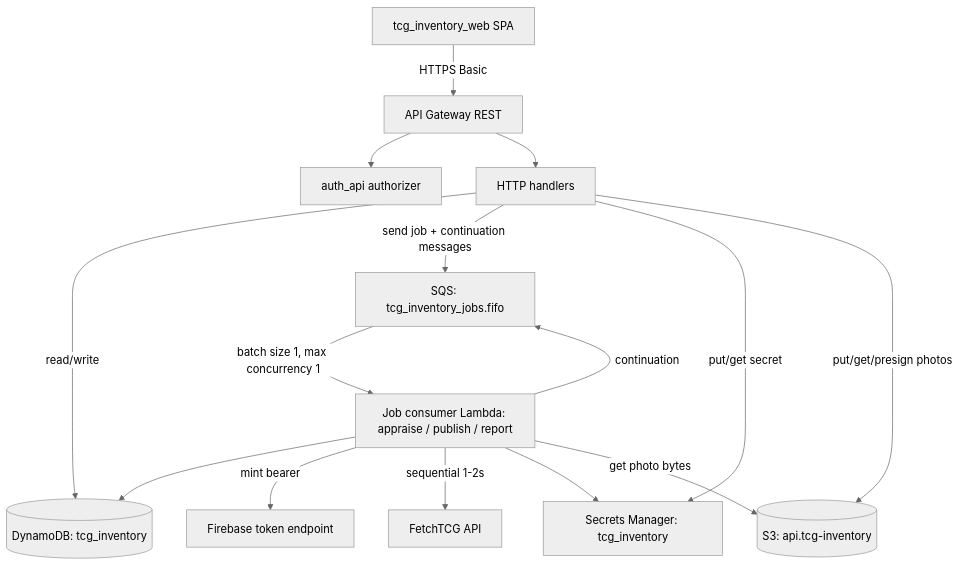
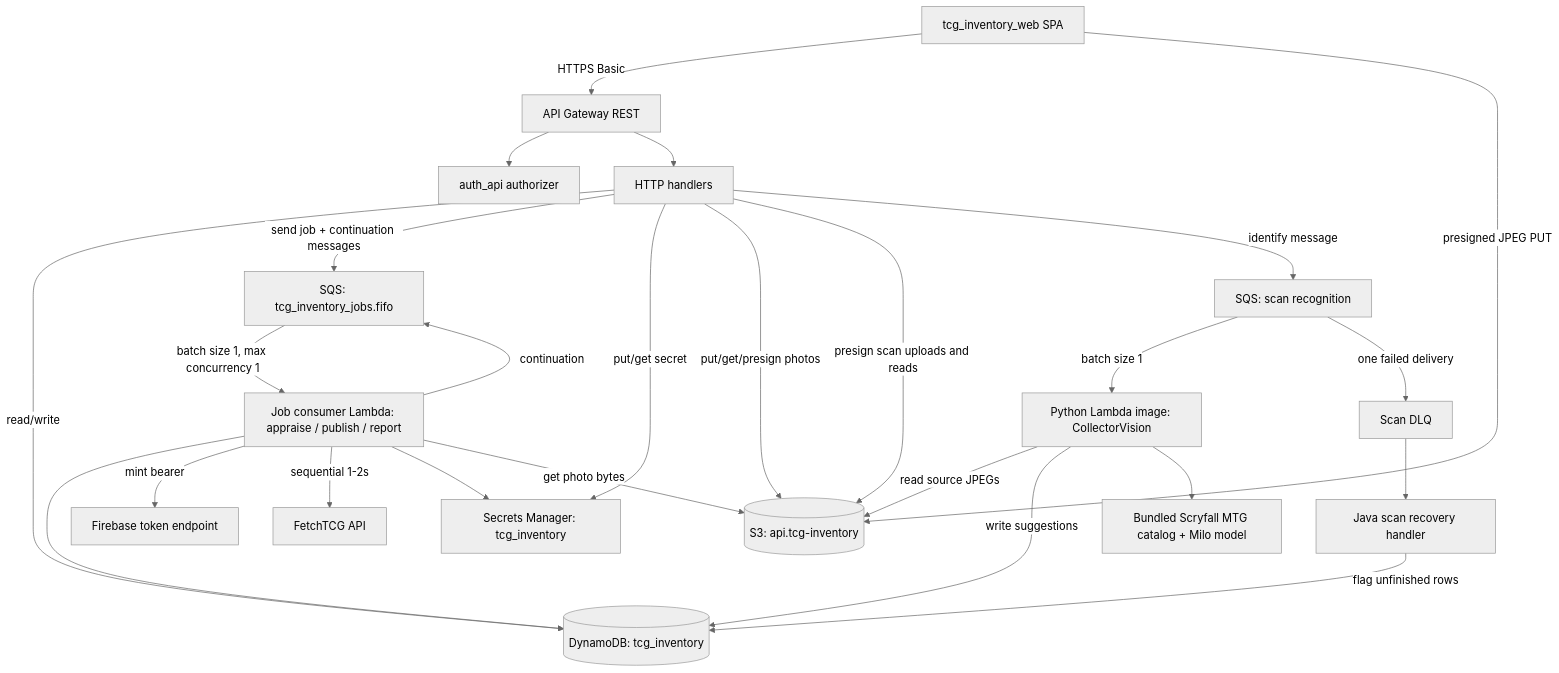
One commit to jordansimsmith/jordansimsmith-com changed the first of 3 diagrams in tcg_inventory_api/README.md. Above: the diagram before and after it, drawn with Mermaid (neutral theme). The commit also changed other lines of this file and 1 other file, not shown here.

````diff
--- a/tcg_inventory_api/README.md
+++ b/tcg_inventory_api/README.md
@@ -56,17 +60,27 @@
 ```mermaid
 flowchart TD
   web[tcg_inventory_web SPA] -->|HTTPS Basic| apigw[API Gateway REST]
   apigw --> authz[auth_api authorizer]
   apigw --> http[HTTP handlers]
   http -->|read/write| ddb[(DynamoDB: tcg_inventory)]
   http -->|send job + continuation messages| sqs[SQS: tcg_inventory_jobs.fifo]
   sqs -->|batch size 1, max concurrency 1| jobs[Job consumer Lambda: appraise / publish / report]
   jobs --> ddb
   jobs -->|continuation| sqs
   jobs -->|mint bearer| firebase[Firebase token endpoint]
   jobs -->|sequential 1-2s| fetchtcg[FetchTCG API]
   http -->|put/get secret| secrets[Secrets Manager: tcg_inventory]
   jobs --> secrets
   http -->|put/get/presign photos| s3[(S3: api.tcg-inventory)]
   jobs -->|get photo bytes| s3
+  http -->|presign scan uploads and reads| s3
+  web -->|presigned JPEG PUT| s3
+  http -->|identify message| scansqs[SQS: scan recognition]
+  scansqs -->|batch size 1| scanworker[Python Lambda image: CollectorVision]
+  scansqs -->|one failed delivery| scandlq[Scan DLQ]
+  scandlq --> scanrecovery[Java scan recovery handler]
+  scanrecovery -->|flag unfinished rows| ddb
+  scanworker -->|read source JPEGs| s3
+  scanworker -->|write suggestions| ddb
+  scanworker --> catalog[Bundled Scryfall MTG catalog + Milo model]
 ```
````
